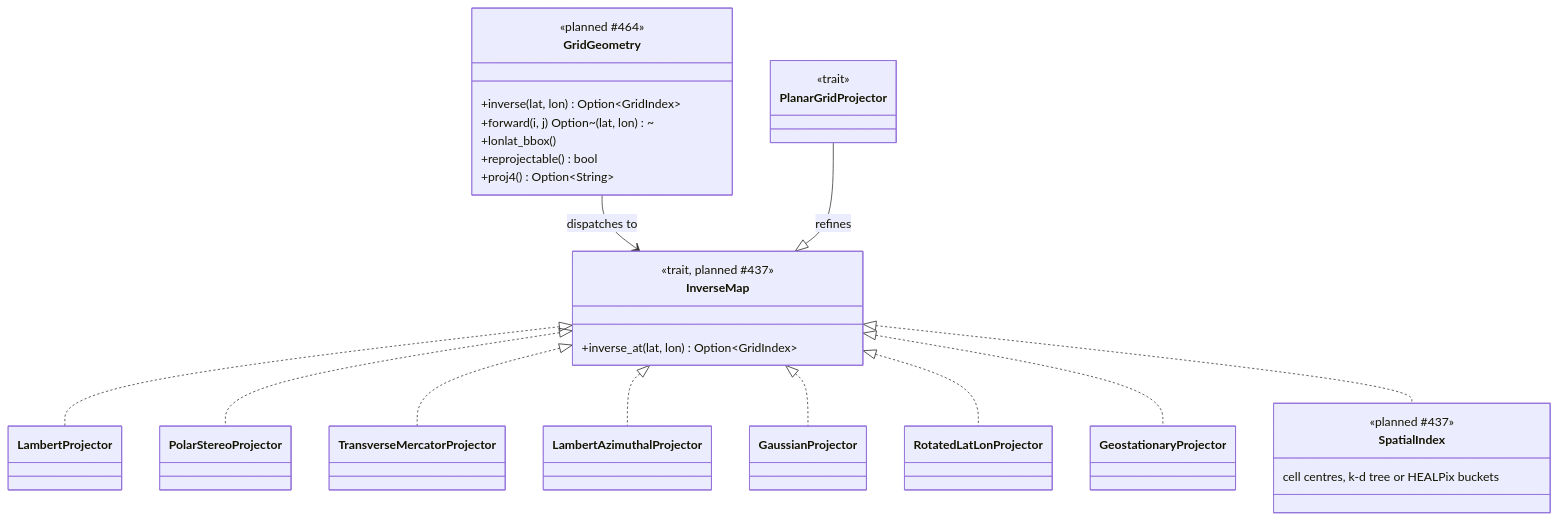
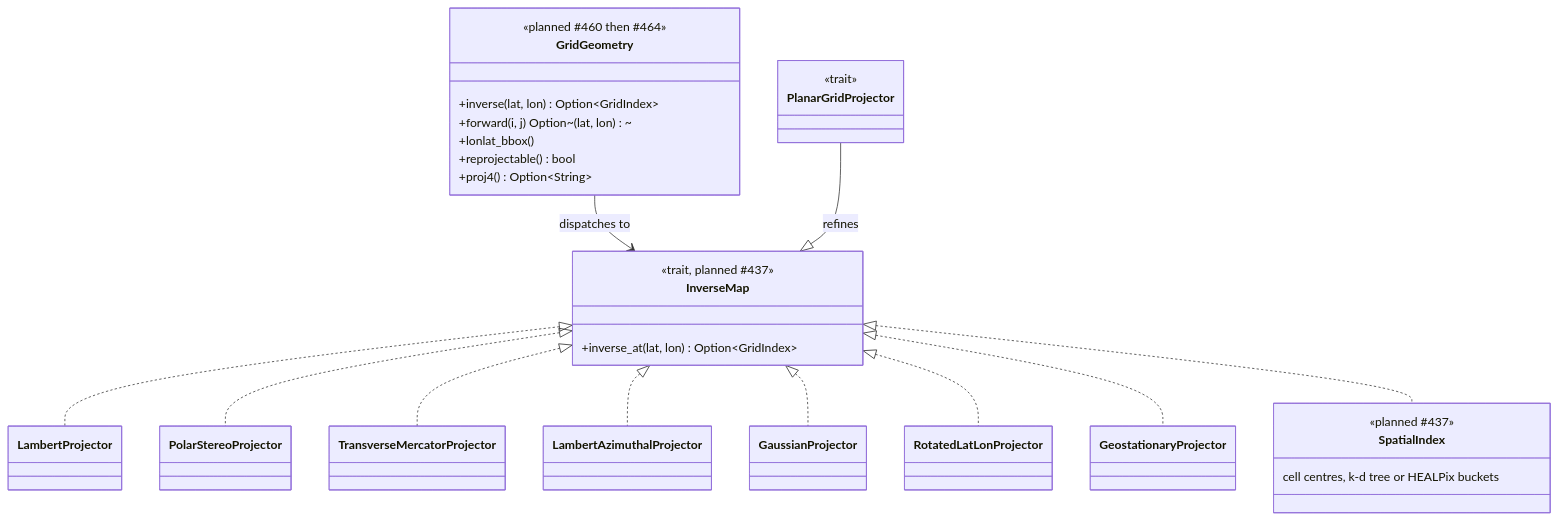
One commit to D0ubleD0uble/fieldglass changed the first of 5 diagrams in docs/architecture/planned/02-trait-seams.md. Above: the diagram before and after it, drawn with Mermaid. The commit also changed other lines of this file and 2 other files, not shown here.

First line of the commit message:
docs(architecture): bring the planned graphs to the end-of-milestones state

````diff
--- a/docs/architecture/planned/02-trait-seams.md
+++ b/docs/architecture/planned/02-trait-seams.md
@@ -16,33 +17,33 @@
 ```mermaid
 classDiagram
     class GridGeometry {
-        <<planned #464>>
+        <<planned #460 then #464>>
         +inverse(lat, lon) Option~GridIndex~
         +forward(i, j) Option~(lat, lon)~
         +lonlat_bbox()
         +reprojectable() bool
         +proj4() Option~String~
     }
     class InverseMap {
         <<trait, planned #437>>
         +inverse_at(lat, lon) Option~GridIndex~
     }
     class PlanarGridProjector {
         <<trait>>
     }
     class SpatialIndex {
         <<planned #437>>
         cell centres, k-d tree or HEALPix buckets
     }
 
     GridGeometry --> InverseMap : dispatches to
     InverseMap <|.. LambertProjector
     InverseMap <|.. PolarStereoProjector
     InverseMap <|.. TransverseMercatorProjector
     InverseMap <|.. LambertAzimuthalProjector
     InverseMap <|.. GaussianProjector
     InverseMap <|.. RotatedLatLonProjector
     InverseMap <|.. GeostationaryProjector
     InverseMap <|.. SpatialIndex
     PlanarGridProjector --|> InverseMap : refines
 ```
````
